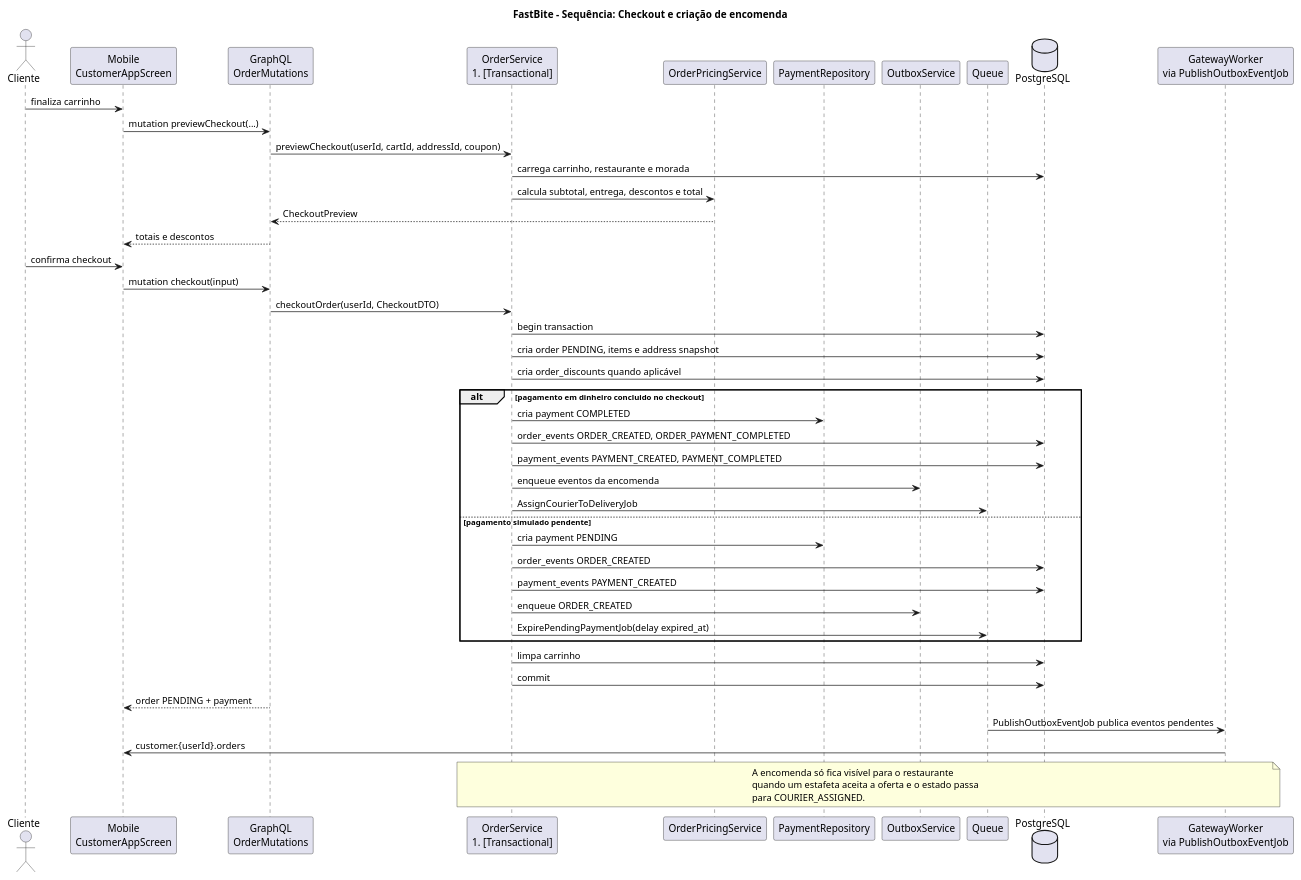
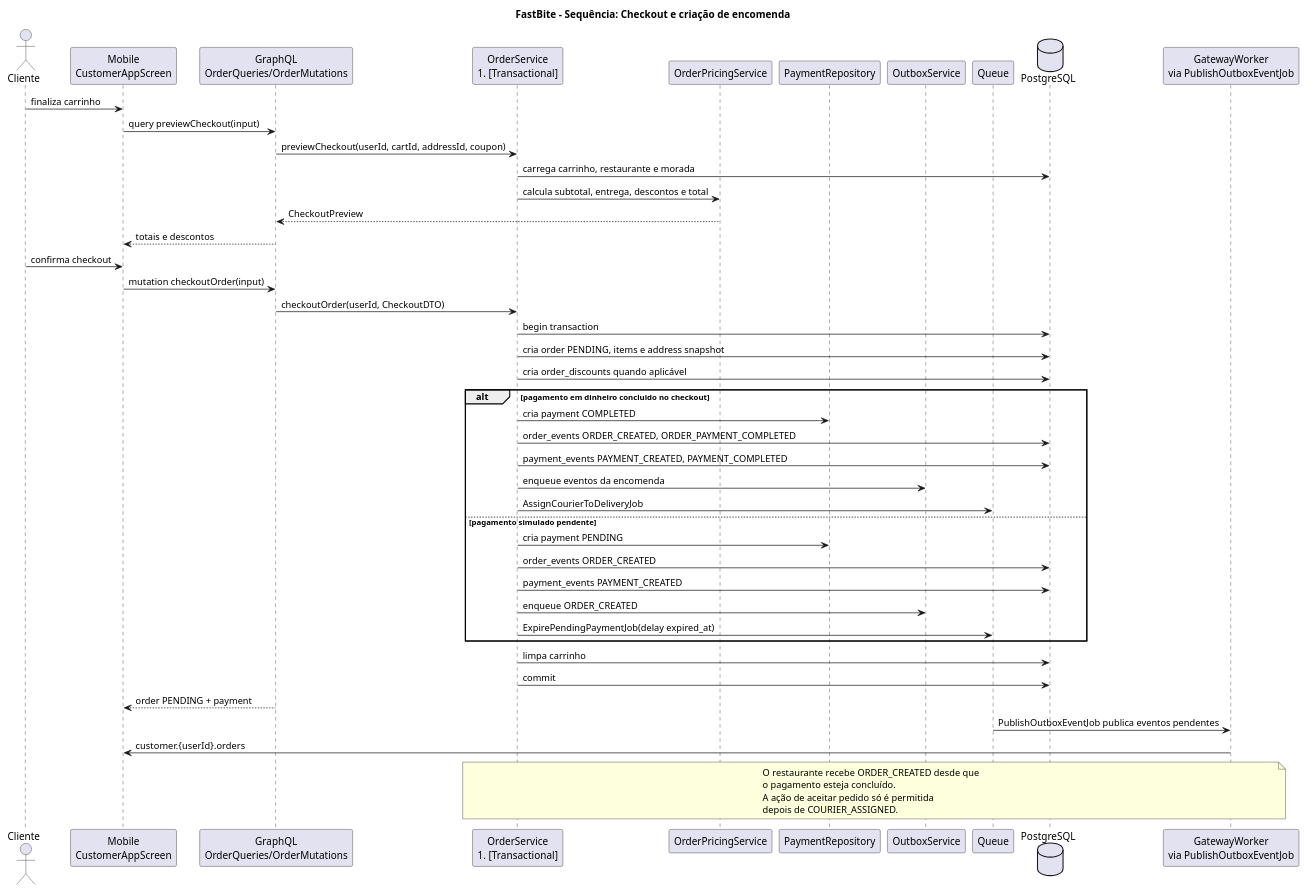
Before and after one commit to DuarteMSousa/FastBite: the diagram in Documentacao/docs novas/03a_sequencia_checkout.puml, drawn with PlantUML. The commit also changed 4 other files, not shown here.

First line of the commit message:
UML diagrams: delivery cardinality & fixes

```diff
--- a/Documentacao/docs novas/03a_sequencia_checkout.puml
+++ b/Documentacao/docs novas/03a_sequencia_checkout.puml
@@ -1,58 +1,59 @@
 @startuml FastBite_Seq_Checkout
 title FastBite - Sequência: Checkout e criação de encomenda
 
 skinparam shadowing false
 actor Cliente
 participant "Mobile\nCustomerAppScreen" as Mobile
-participant "GraphQL\nOrderMutations" as GQL
+participant "GraphQL\nOrderQueries/OrderMutations" as GQL
 participant "OrderService\n#[Transactional]" as OrderSvc
 participant "OrderPricingService" as Pricing
 participant "PaymentRepository" as PayRepo
 participant "OutboxService" as Outbox
 participant "Queue" as Queue
 database "PostgreSQL" as DB
 participant "GatewayWorker\nvia PublishOutboxEventJob" as GW
 
 Cliente -> Mobile: finaliza carrinho
-Mobile -> GQL: mutation previewCheckout(...)
+Mobile -> GQL: query previewCheckout(input)
 GQL -> OrderSvc: previewCheckout(userId, cartId, addressId, coupon)
 OrderSvc -> DB: carrega carrinho, restaurante e morada
 OrderSvc -> Pricing: calcula subtotal, entrega, descontos e total
 Pricing --> GQL: CheckoutPreview
 GQL --> Mobile: totais e descontos
 
 Cliente -> Mobile: confirma checkout
-Mobile -> GQL: mutation checkout(input)
+Mobile -> GQL: mutation checkoutOrder(input)
 GQL -> OrderSvc: checkoutOrder(userId, CheckoutDTO)
 OrderSvc -> DB: begin transaction
 OrderSvc -> DB: cria order PENDING, items e address snapshot
 OrderSvc -> DB: cria order_discounts quando aplicável
 
 alt pagamento em dinheiro concluido no checkout
   OrderSvc -> PayRepo: cria payment COMPLETED
   OrderSvc -> DB: order_events ORDER_CREATED, ORDER_PAYMENT_COMPLETED
   OrderSvc -> DB: payment_events PAYMENT_CREATED, PAYMENT_COMPLETED
   OrderSvc -> Outbox: enqueue eventos da encomenda
   OrderSvc -> Queue: AssignCourierToDeliveryJob
 else pagamento simulado pendente
   OrderSvc -> PayRepo: cria payment PENDING
   OrderSvc -> DB: order_events ORDER_CREATED
   OrderSvc -> DB: payment_events PAYMENT_CREATED
   OrderSvc -> Outbox: enqueue ORDER_CREATED
   OrderSvc -> Queue: ExpirePendingPaymentJob(delay expired_at)
 end
 
 OrderSvc -> DB: limpa carrinho
 OrderSvc -> DB: commit
 GQL --> Mobile: order PENDING + payment
 
 Queue -> GW: PublishOutboxEventJob publica eventos pendentes
 GW -> Mobile: customer.{userId}.orders
 
 note over OrderSvc, GW
-  A encomenda só fica visível para o restaurante
-  quando um estafeta aceita a oferta e o estado passa
-  para COURIER_ASSIGNED.
+  O restaurante recebe ORDER_CREATED desde que
+  o pagamento esteja concluído.
+  A ação de aceitar pedido só é permitida
+  depois de COURIER_ASSIGNED.
 end note
 
 @enduml
```
